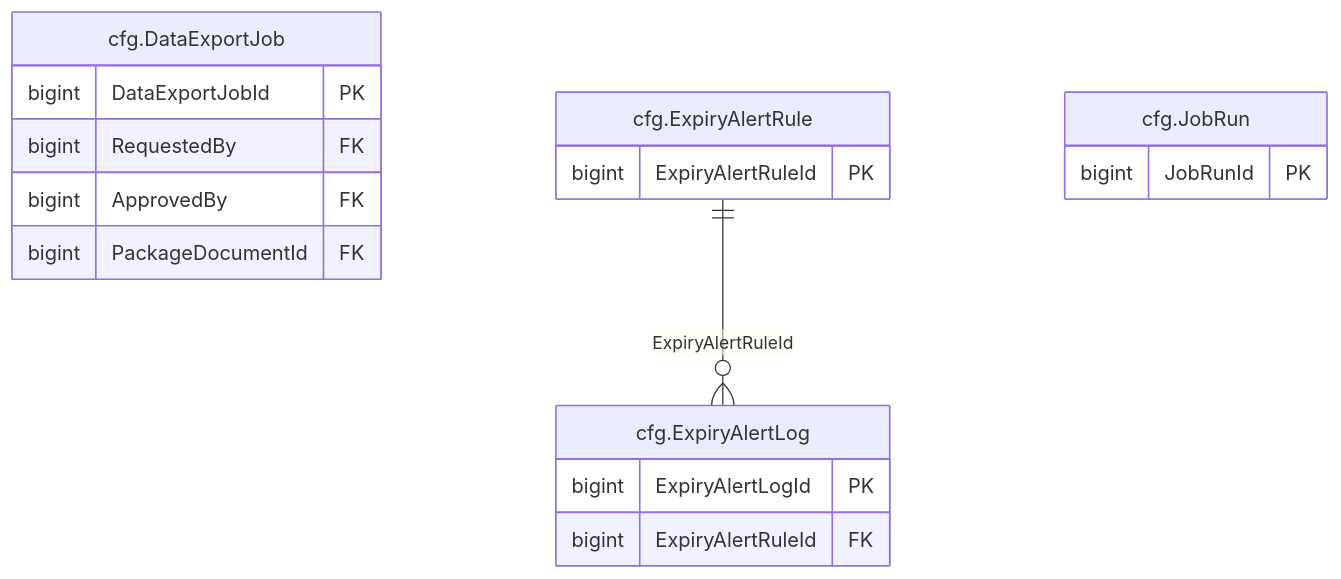
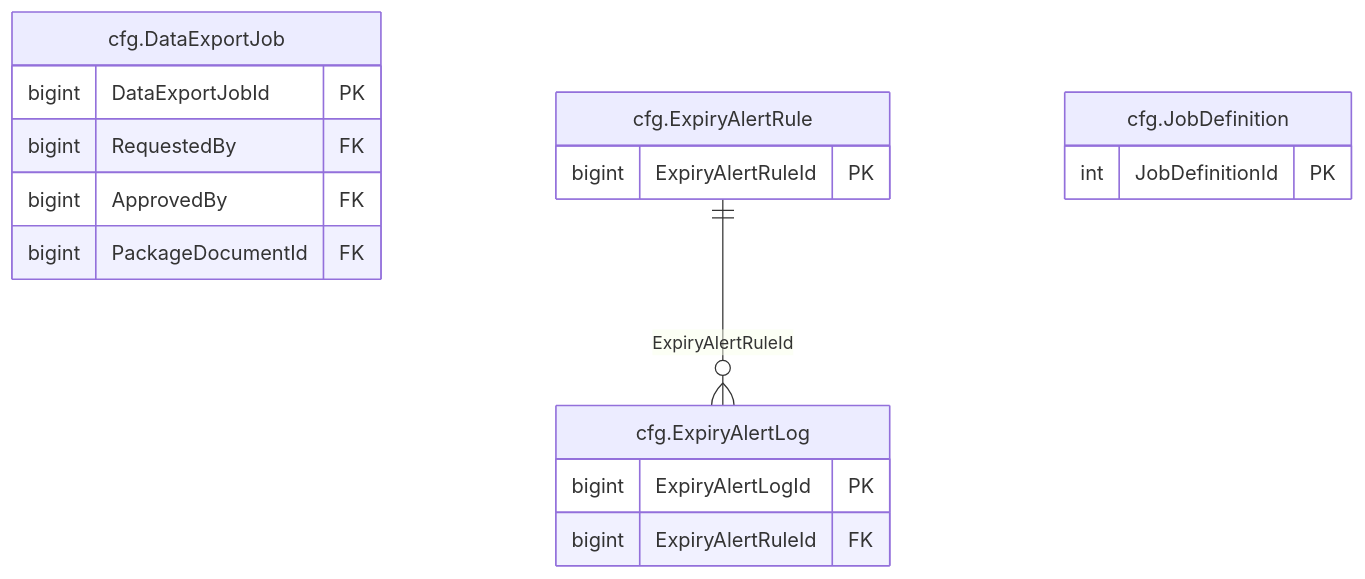
The diagram in treasury-platform/docs/diagrams/erd/m0_config_1.mmd (thawrasy/smartlines), drawn with Mermaid before and after one commit. The commit also changed 159 other files, not shown here.

```diff
--- a/treasury-platform/docs/diagrams/erd/m0_config_1.mmd
+++ b/treasury-platform/docs/diagrams/erd/m0_config_1.mmd
@@ -1,19 +1,19 @@
-%% م0 · الإعدادات والمهام الخلفية (1/3) — Configuration & background jobs
+%% م0 · الإعدادات والمهام الخلفية (1/4) — Configuration & background jobs
 erDiagram
   cfg_DataExportJob["cfg.DataExportJob"] {
     bigint DataExportJobId PK
     bigint RequestedBy FK
     bigint ApprovedBy FK
     bigint PackageDocumentId FK
   }
   cfg_ExpiryAlertLog["cfg.ExpiryAlertLog"] {
     bigint ExpiryAlertLogId PK
     bigint ExpiryAlertRuleId FK
   }
   cfg_ExpiryAlertRule["cfg.ExpiryAlertRule"] {
     bigint ExpiryAlertRuleId PK
   }
-  cfg_JobRun["cfg.JobRun"] {
-    bigint JobRunId PK
+  cfg_JobDefinition["cfg.JobDefinition"] {
+    int JobDefinitionId PK
   }
   cfg_ExpiryAlertRule ||--o{ cfg_ExpiryAlertLog : "ExpiryAlertRuleId"
```
